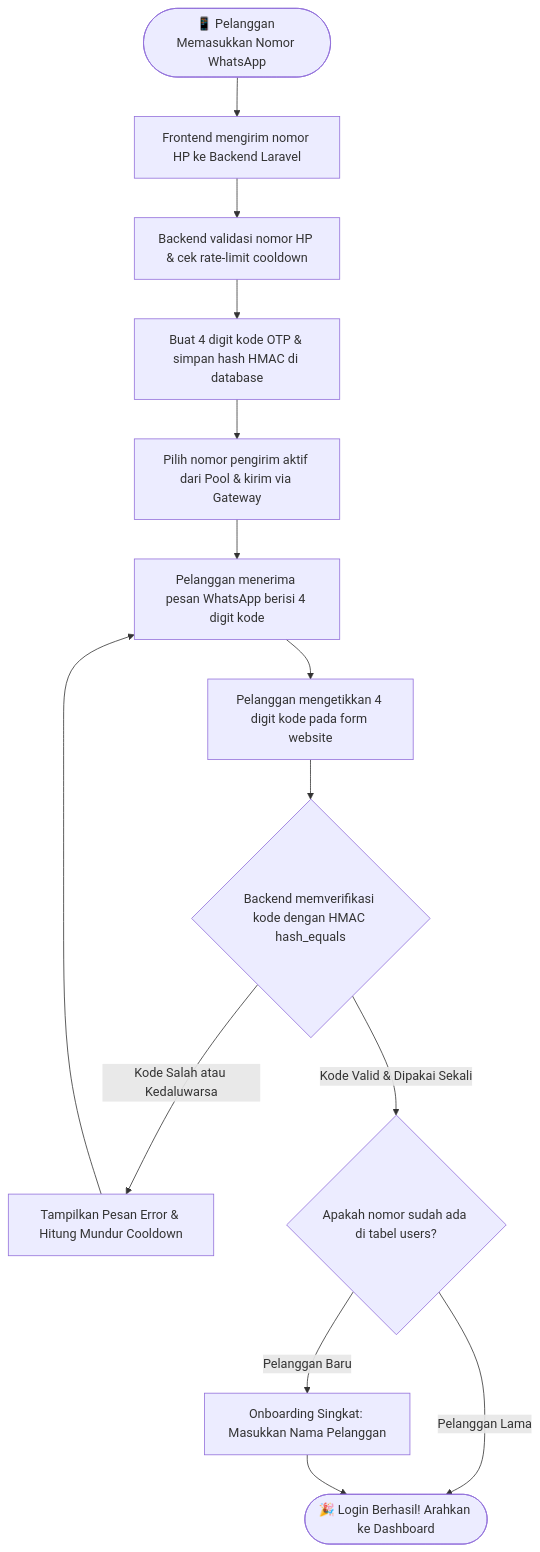
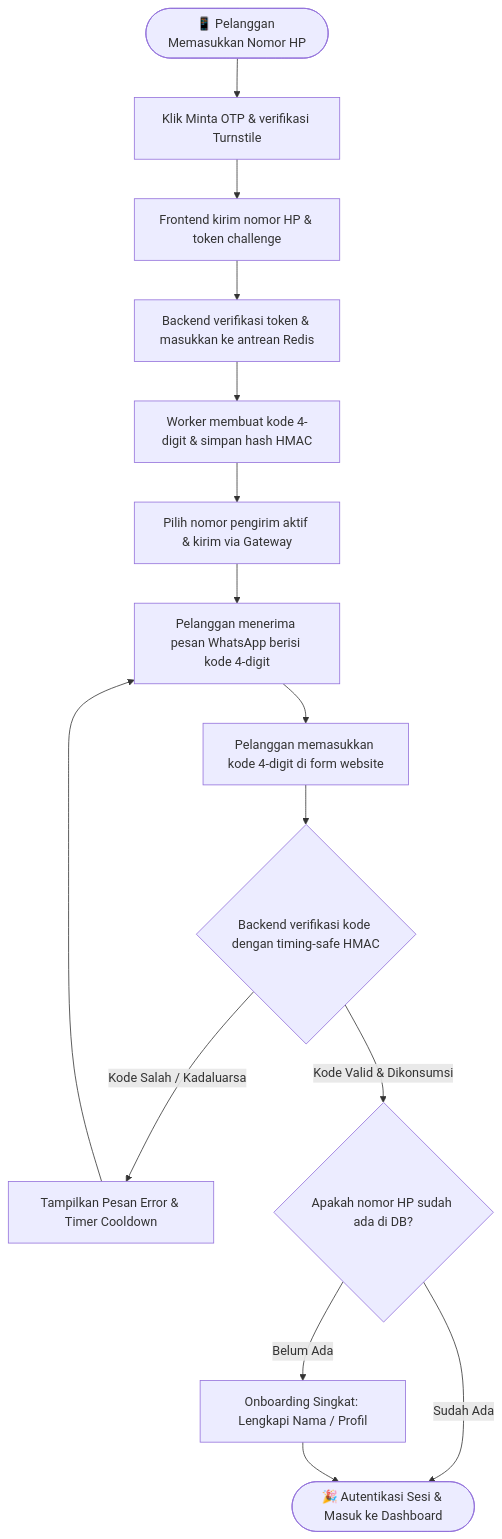
One commit to billi-panca-wijaya/wa-gateway changed the diagram in README.id.md. Above: the diagram before and after it, drawn with Mermaid. The commit also changed other lines of this file and 5 other files, not shown here.

````diff
--- a/README.id.md
+++ b/README.id.md
@@ -96,18 +103,19 @@
 ```mermaid
 flowchart TD
-    Start([📱 Pelanggan Memasukkan Nomor WhatsApp]) --> Step1[Frontend mengirim nomor HP ke Backend Laravel]
-    Step1 --> Step2[Backend validasi nomor HP & cek rate-limit cooldown]
-    Step2 --> Step3[Buat 4 digit kode OTP & simpan hash HMAC di database]
-    Step3 --> Step4[Pilih nomor pengirim aktif dari Pool & kirim via Gateway]
-    Step4 --> Step5[Pelanggan menerima pesan WhatsApp berisi 4 digit kode]
-    Step5 --> Step6[Pelanggan mengetikkan 4 digit kode pada form website]
-    Step6 --> Step7{Backend memverifikasi kode dengan HMAC hash_equals}
+    Start([📱 Pelanggan Memasukkan Nomor HP]) --> Bot[Klik Minta OTP & verifikasi Turnstile]
+    Bot --> Step1[Frontend kirim nomor HP & token challenge]
+    Step1 --> Step2[Backend verifikasi token & masukkan ke antrean Redis]
+    Step2 --> Step3[Worker membuat kode 4-digit & simpan hash HMAC]
+    Step3 --> Step4[Pilih nomor pengirim aktif & kirim via Gateway]
+    Step4 --> Step5[Pelanggan menerima pesan WhatsApp berisi kode 4-digit]
+    Step5 --> Step6[Pelanggan memasukkan kode 4-digit di form website]
+    Step6 --> Step7{Backend verifikasi kode dengan timing-safe HMAC}
     
-    Step7 -- Kode Salah atau Kedaluwarsa --> Error[Tampilkan Pesan Error & Hitung Mundur Cooldown]
+    Step7 -- Kode Salah / Kadaluarsa --> Error[Tampilkan Pesan Error & Timer Cooldown]
     Error --> Step5
     
-    Step7 -- Kode Valid & Dipakai Sekali --> CheckUser{Apakah nomor sudah ada di tabel users?}
-    CheckUser -- Pelanggan Lama --> AuthSuccess([🎉 Login Berhasil! Arahkan ke Dashboard])
-    CheckUser -- Pelanggan Baru --> Onboard[Onboarding Singkat: Masukkan Nama Pelanggan]
+    Step7 -- Kode Valid & Dikonsumsi --> CheckUser{Apakah nomor HP sudah ada di DB?}
+    CheckUser -- Sudah Ada --> AuthSuccess([🎉 Autentikasi Sesi & Masuk ke Dashboard])
+    CheckUser -- Belum Ada --> Onboard[Onboarding Singkat: Lengkapi Nama / Profil]
     Onboard --> AuthSuccess
 ```
````
